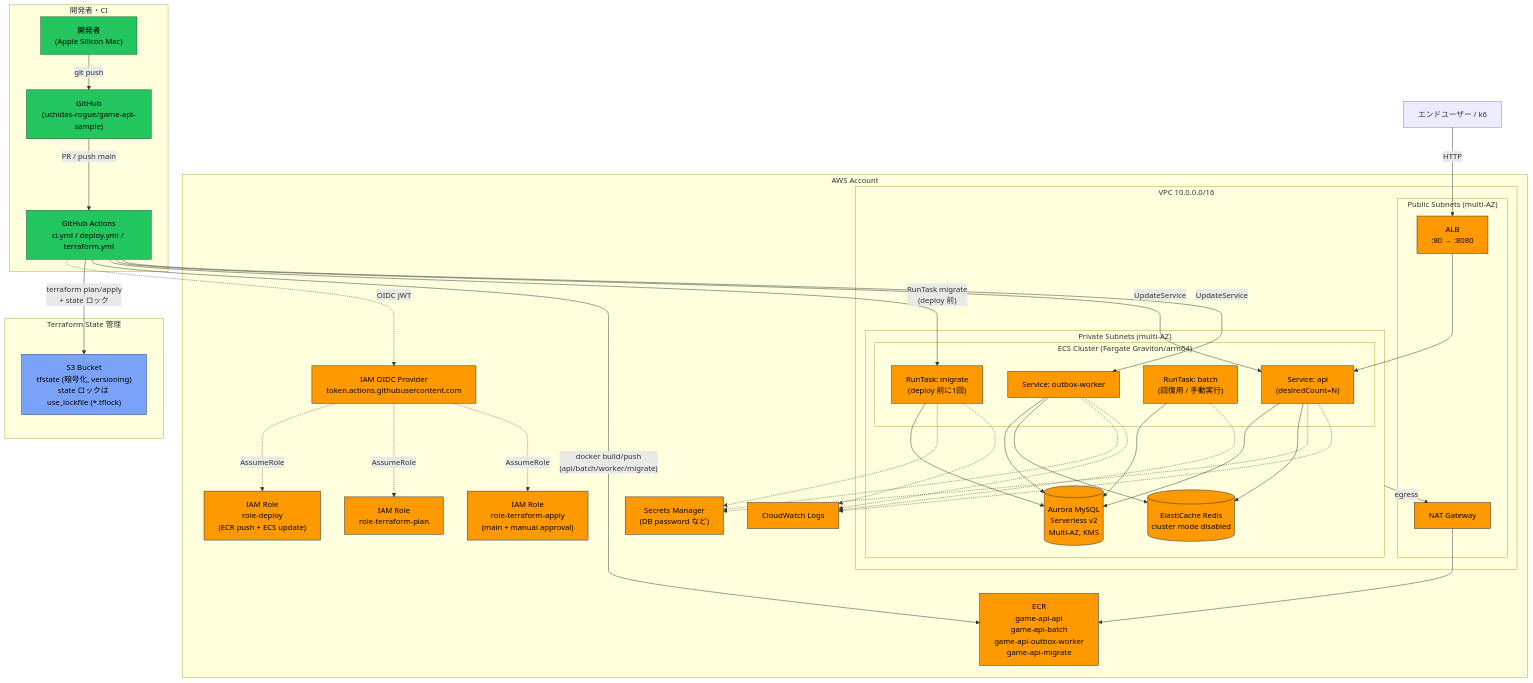
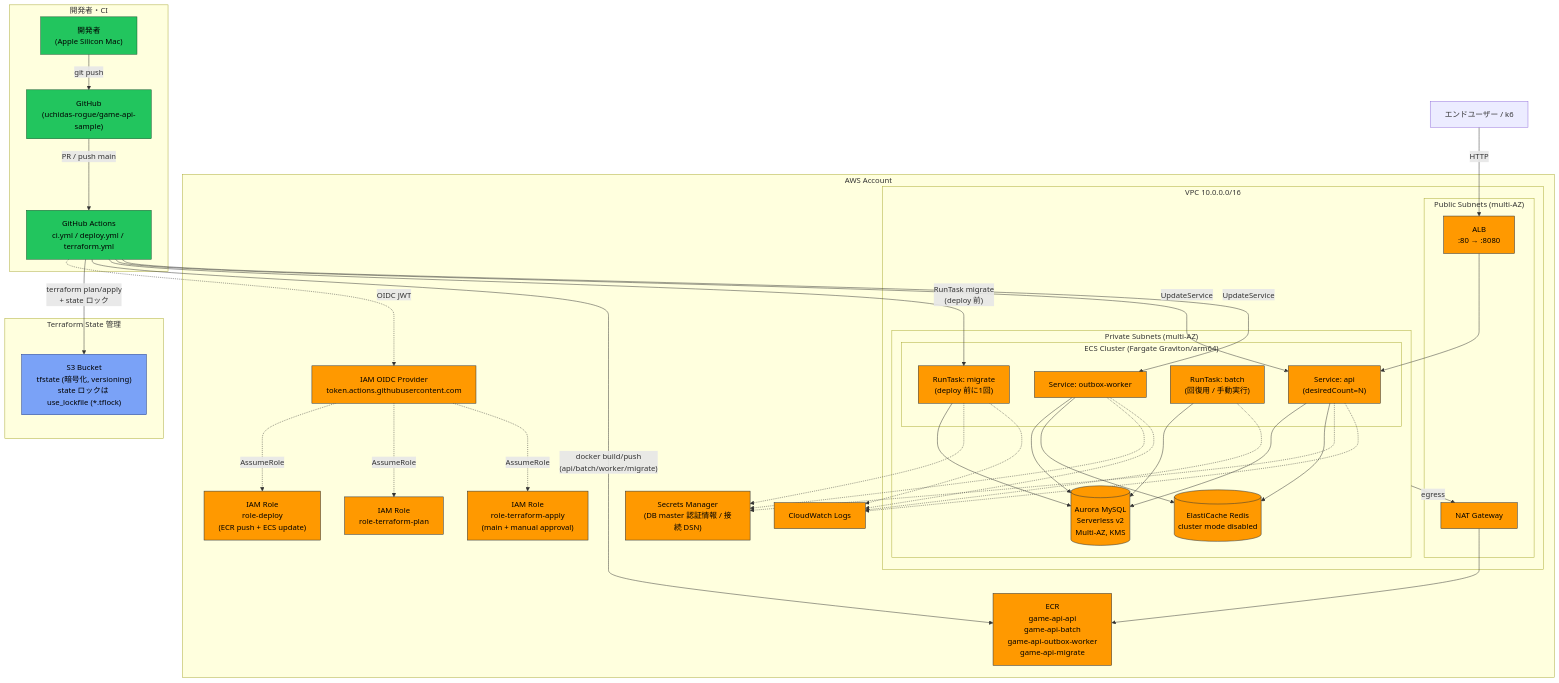
Before and after one commit to uchidas-rogue/game-api-sample: the first of 3 diagrams in terraform/ARCHITECTURE.md, drawn with Mermaid. The commit also changed other lines of this file and 7 other files, not shown here.

```diff
--- a/terraform/ARCHITECTURE.md
+++ b/terraform/ARCHITECTURE.md
@@ -42,7 +42,7 @@
         end
 
         Logs["CloudWatch Logs"]
-        Secrets["Secrets Manager<br/>(DB password など)"]
+        Secrets["Secrets Manager<br/>(DB master 認証情報 / 接続 DSN)"]
     end
 
     Dev1 -- "git push" --> GH
```
